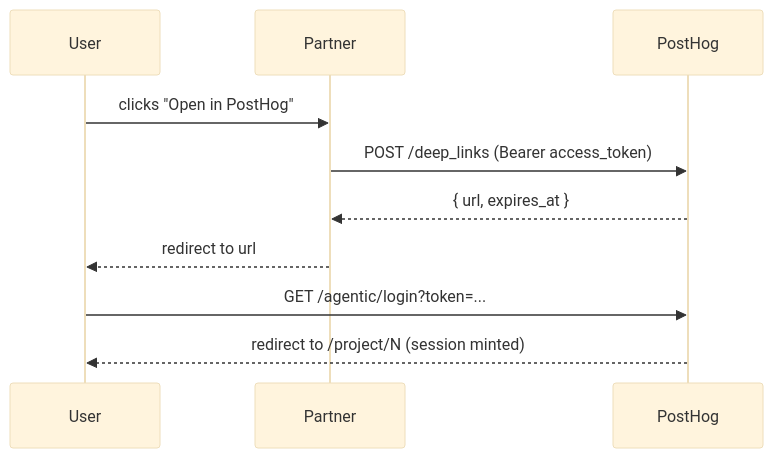
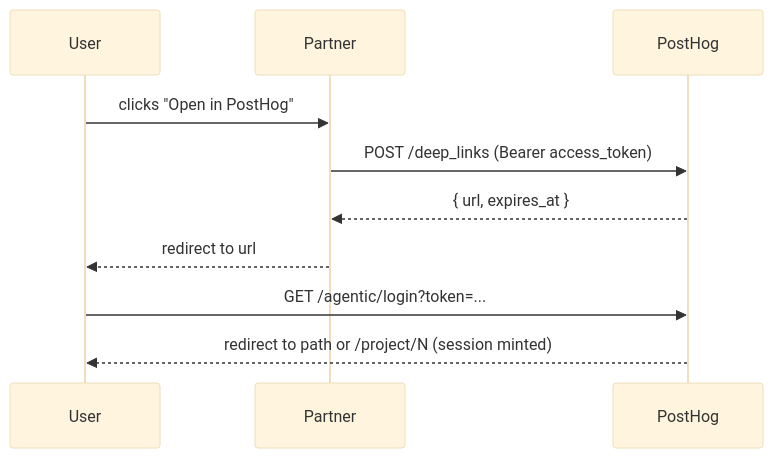
One commit to PostHog/posthog.com changed the second of 3 diagrams in contents/docs/integrate/provisioning.mdx. Above: the diagram before and after it, drawn with Mermaid (base theme). The commit also changed other lines of this file, not shown here.

First line of the commit message:
Add path parameter to provisioning deep-link docs

````diff
--- a/contents/docs/integrate/provisioning.mdx
+++ b/contents/docs/integrate/provisioning.mdx
@@ -48,13 +48,13 @@
 ```mermaid
 sequenceDiagram
     participant U as User
     participant P as Partner
     participant PH as PostHog
 
     U->>P: clicks "Open in PostHog"
     P->>PH: POST /deep_links (Bearer access_token)
     PH-->>P: { url, expires_at }
     P-->>U: redirect to url
     U->>PH: GET /agentic/login?token=...
-    PH-->>U: redirect to /project/N (session minted)
+    PH-->>U: redirect to path or /project/N (session minted)
 ```
````
